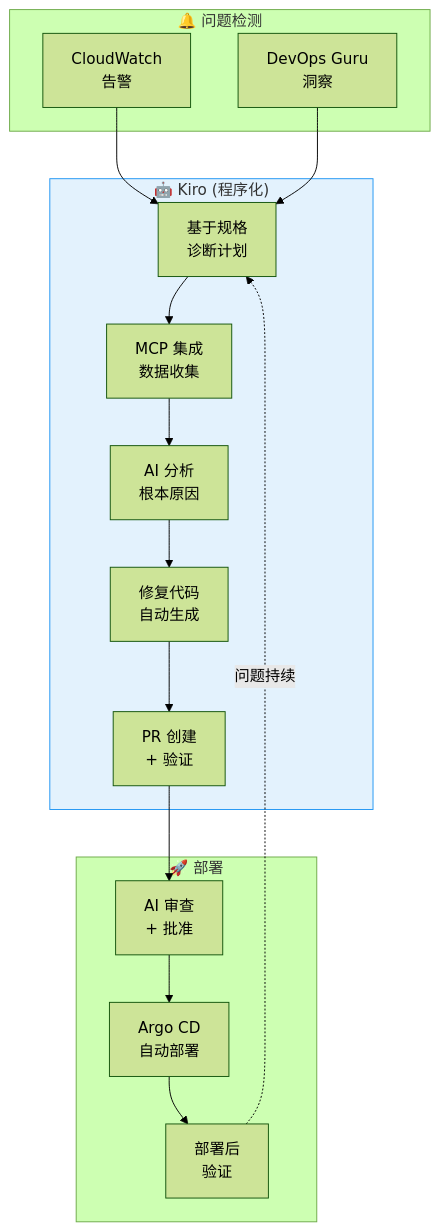
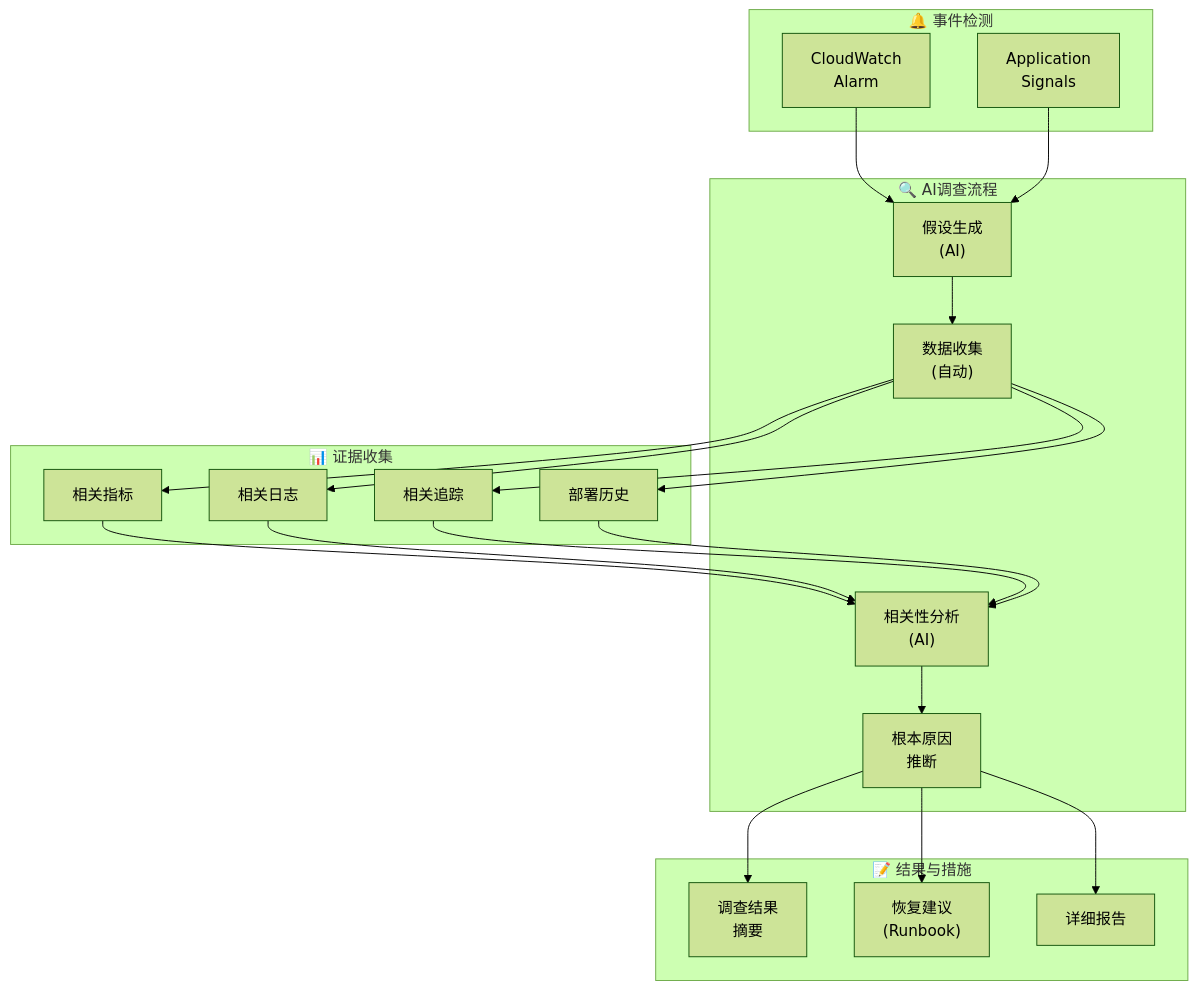
Before and after one commit to devfloor9/engineering-playbook: the fifth of 7 diagrams in i18n/zh/docusaurus-plugin-content-docs/current/aiops-aidlc/aiops-predictive-operations.md, drawn with Mermaid (forest theme). The commit also changed other lines of this file and 43 other files, not shown here.

````diff
--- a/i18n/zh/docusaurus-plugin-content-docs/current/aiops-aidlc/aiops-predictive-operations.md
+++ b/i18n/zh/docusaurus-plugin-content-docs/current/aiops-aidlc/aiops-predictive-operations.md
@@ -606,29 +1169,43 @@
 ```mermaid
 graph TD
-    subgraph Trigger2["🔔 问题检测"]
-        ALERT["CloudWatch<br/>告警"]
-        GURU["DevOps Guru<br/>洞察"]
+    subgraph Trigger["🔔 事件检测"]
+        ALARM["CloudWatch<br/>Alarm"]
+        SIGNAL["Application<br/>Signals"]
     end
 
-    subgraph Kiro2["🤖 Kiro (程序化)"]
-        SPEC["基于规格<br/>诊断计划"]
-        MCP_Q["MCP 集成<br/>数据收集"]
-        ANALYZE2["AI 分析<br/>根本原因"]
-        FIX["修复代码<br/>自动生成"]
-        PR["PR 创建<br/>+ 验证"]
+    subgraph Investigation["🔍 AI调查流程"]
+        HYPO["假设生成<br/>(AI)"]
+        COLLECT["数据收集<br/>(自动)"]
+        ANALYZE["相关性分析<br/>(AI)"]
+        ROOT["根本原因<br/>推断"]
     end
 
-    subgraph Deploy2["🚀 部署"]
-        REVIEW["AI 审查<br/>+ 批准"]
-        ARGO2["Argo CD<br/>自动部署"]
-        VERIFY["部署后<br/>验证"]
+    subgraph Evidence["📊 证据收集"]
+        METRICS["相关指标"]
+        LOGS["相关日志"]
+        TRACES["相关追踪"]
+        DEPLOY["部署历史"]
     end
 
-    ALERT --> SPEC
-    GURU --> SPEC
-    SPEC --> MCP_Q --> ANALYZE2 --> FIX --> PR
-    PR --> REVIEW --> ARGO2 --> VERIFY
-    VERIFY -.->|问题持续| SPEC
+    subgraph Output["📝 结果与措施"]
+        SUMMARY["调查结果<br/>摘要"]
+        REMEDIATION["恢复建议<br/>(Runbook)"]
+        REPORT["详细报告"]
+    end
 
-    style Kiro2 fill:#e3f2fd,stroke:#2196f3
+    ALARM --> HYPO
+    SIGNAL --> HYPO
+    HYPO --> COLLECT
+    COLLECT --> METRICS
+    COLLECT --> LOGS
+    COLLECT --> TRACES
+    COLLECT --> DEPLOY
+    METRICS --> ANALYZE
+    LOGS --> ANALYZE
+    TRACES --> ANALYZE
+    DEPLOY --> ANALYZE
+    ANALYZE --> ROOT
+    ROOT --> SUMMARY
+    ROOT --> REMEDIATION
+    ROOT --> REPORT
 ```
````
